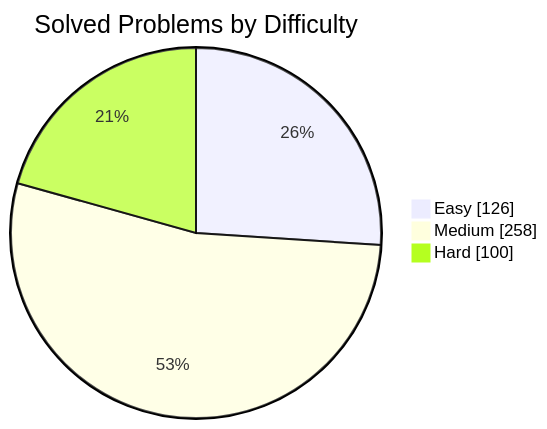
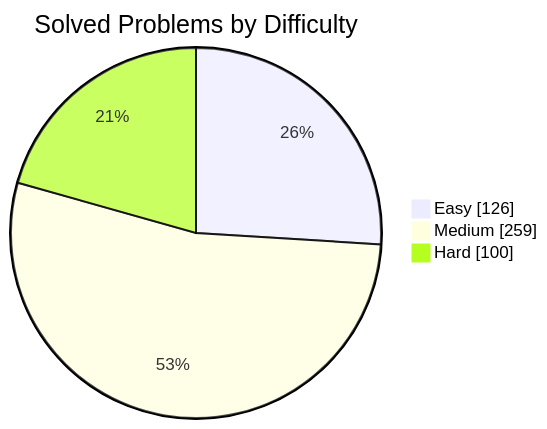
Before and after one commit to manikantbindass/DSA-Preparation-FAANG: the first of 2 diagrams in README.md, drawn with Mermaid. The commit also changed other lines of this file and 1 other file, not shown here.

````diff
--- a/README.md
+++ b/README.md
@@ -77,7 +77,7 @@
 ```mermaid
 pie showData
     title Solved Problems by Difficulty
     "Easy" : 126
-    "Medium" : 258
+    "Medium" : 259
     "Hard" : 100
 ```
````
